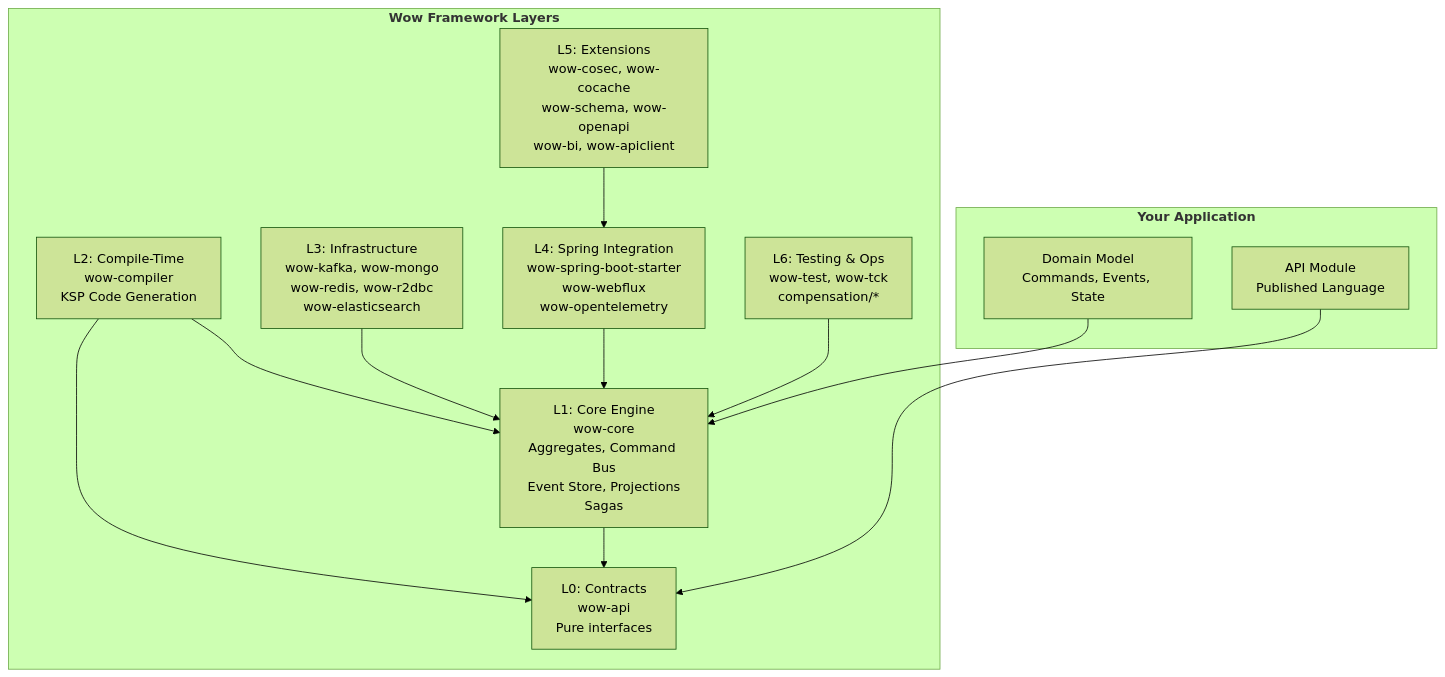
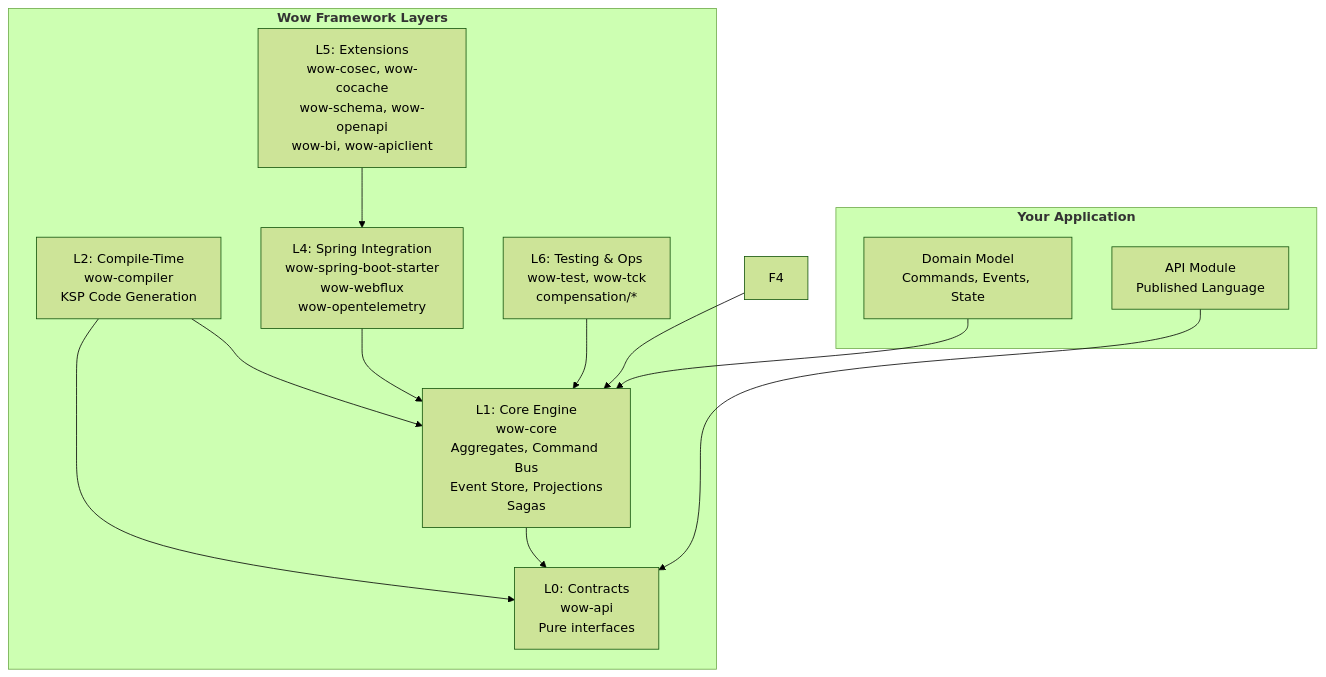
Before and after one commit to Ahoo-Wang/Wow: the third of 7 diagrams in documentation/docs/en/onboarding/executive-guide.md, drawn with Mermaid (forest theme). The commit also changed other lines of this file and 92 other files, not shown here.

````diff
--- a/documentation/docs/en/onboarding/executive-guide.md
+++ b/documentation/docs/en/onboarding/executive-guide.md
@@ -130,28 +128,27 @@
 ```mermaid
 graph TB
     subgraph APP["<b>Your Application</b>"]
         DOMAIN["Domain Model<br>Commands, Events, State"]
         API["API Module<br>Published Language"]
     end
 
     subgraph FRAMEWORK["<b>Wow Framework Layers</b>"]
         F1["L0: Contracts<br>wow-api<br>Pure interfaces"]
         F2["L1: Core Engine<br>wow-core<br>Aggregates, Command Bus<br>Event Store, Projections<br>Sagas"]
         F3["L2: Compile-Time<br>wow-compiler<br>KSP Code Generation"]
-        F4["L3: Infrastructure<br>wow-kafka, wow-mongo<br>wow-redis, wow-r2dbc<br>wow-elasticsearch"]
         F5["L4: Spring Integration<br>wow-spring-boot-starter<br>wow-webflux<br>wow-opentelemetry"]
         F6["L5: Extensions<br>wow-cosec, wow-cocache<br>wow-schema, wow-openapi<br>wow-bi, wow-apiclient"]
         F7["L6: Testing & Ops<br>wow-test, wow-tck<br>compensation/*"]
     end
 
     DOMAIN --> F2
     API --> F1
     F2 --> F1
     F3 --> F1
     F3 --> F2
     F4 --> F2
     F5 --> F2
     F6 --> F5
     F7 --> F2
 
 ```
````
